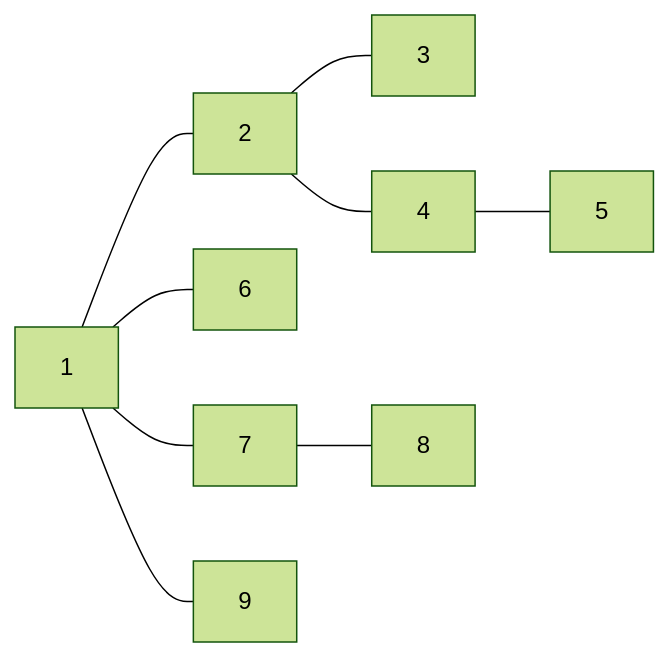
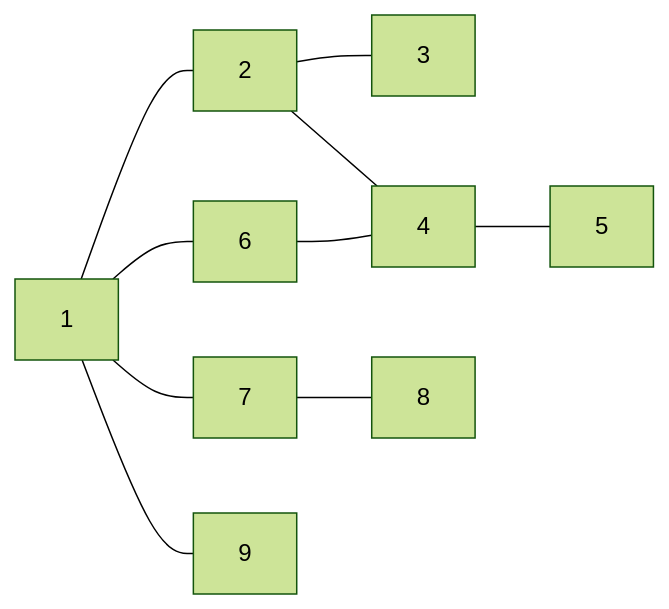
The diagram in Python/BFS/Search order.md (ilksh/Algorithm-template), drawn with Mermaid (forest theme) before and after one commit.

Commit message:
Update Search order.md

````diff
--- a/Python/BFS/Search order.md
+++ b/Python/BFS/Search order.md
@@ -1,12 +1,12 @@
  ```mermaid
 graph LR;
     1---2;
     1---6;
     1---7;
     1---9;
     2---3;
     2---4;
     4---5;
     7---8;
- 
+    6---4;
 ```
````
